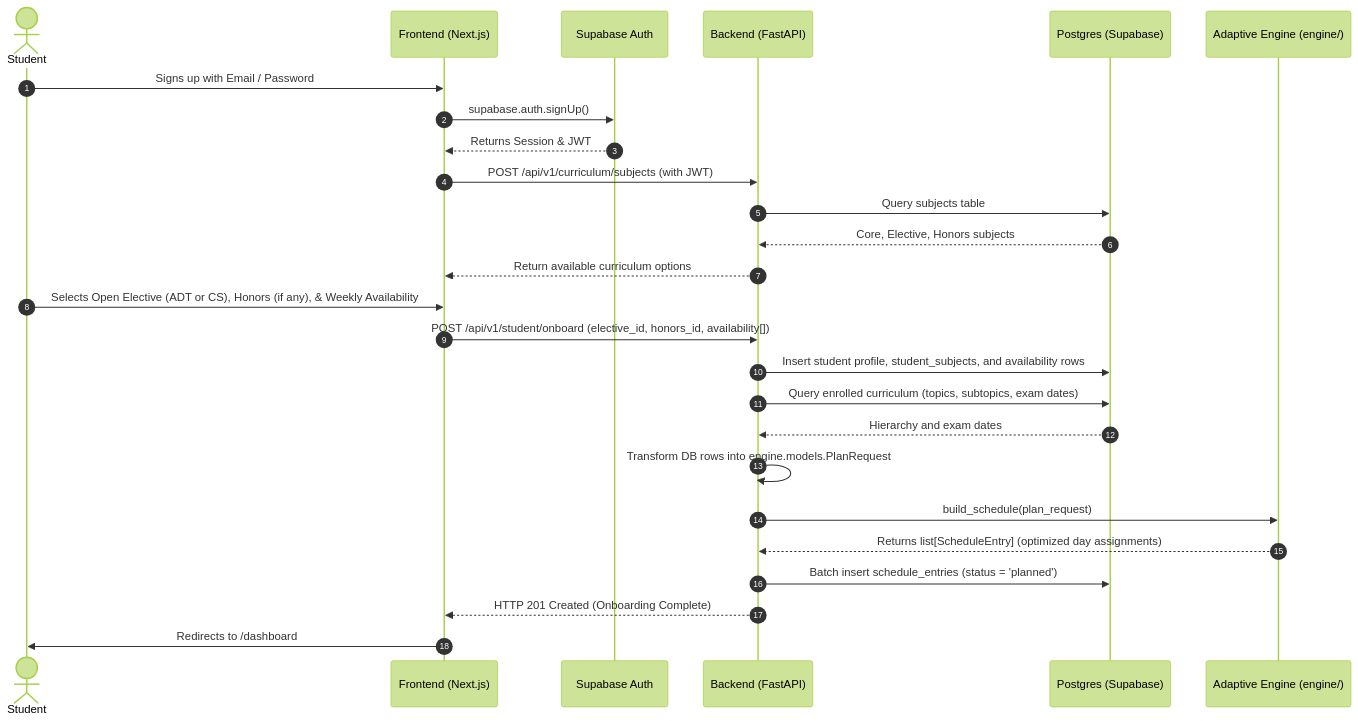
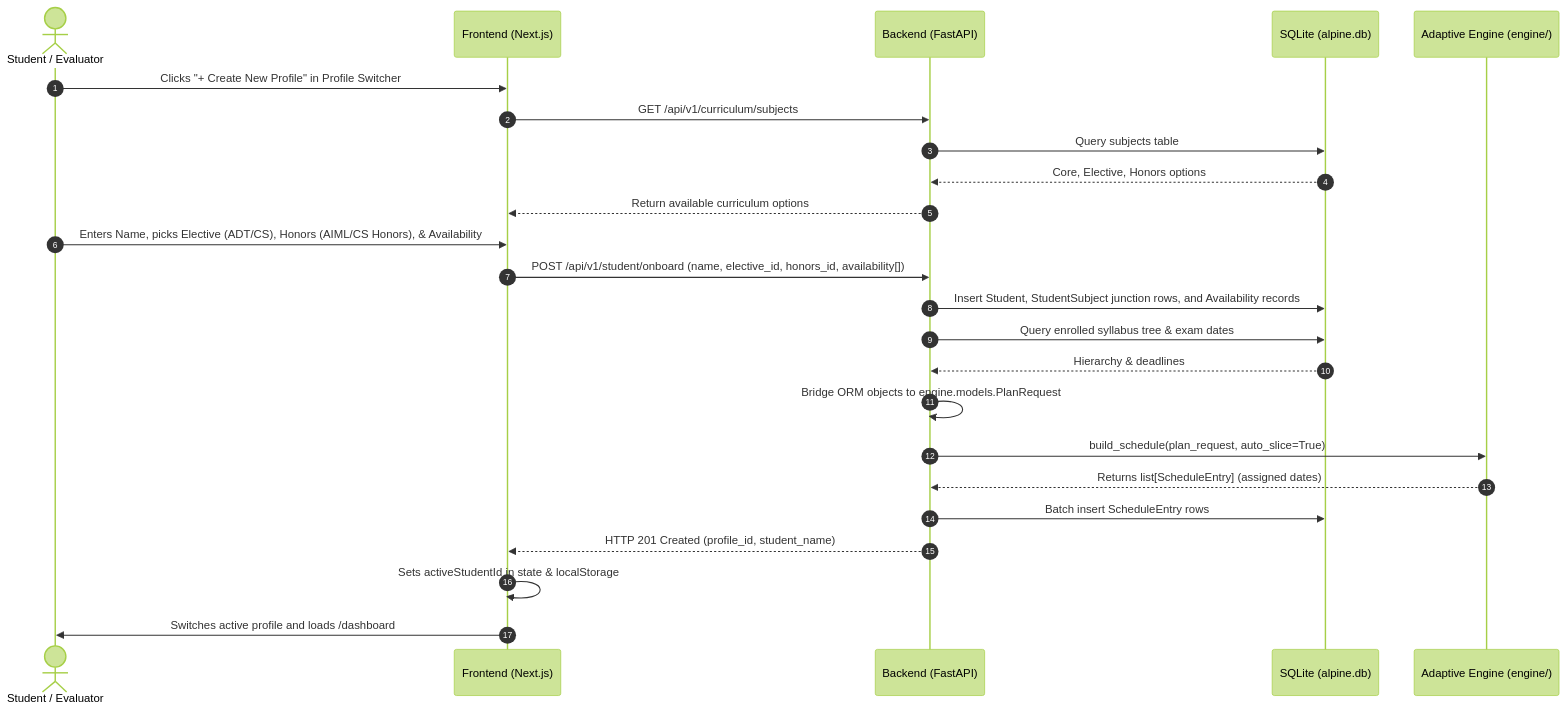
Before and after one commit to aahanakabdugale/Alpine: the first of 2 diagrams in docs/FRONTEND_AND_BACKEND_HANDOVER.md, drawn with Mermaid (forest theme). The commit also changed other lines of this file and 1 other file, not shown here.

Commit message:
docs/replacing Supabase with SQLlite

````diff
--- a/docs/FRONTEND_AND_BACKEND_HANDOVER.md
+++ b/docs/FRONTEND_AND_BACKEND_HANDOVER.md
@@ -60,29 +64,27 @@
 ```mermaid
 sequenceDiagram
     autonumber
-    actor Student
+    actor User as Student / Evaluator
     participant FE as Frontend (Next.js)
-    participant Auth as Supabase Auth
     participant BE as Backend (FastAPI)
-    participant DB as Postgres (Supabase)
+    participant DB as SQLite (alpine.db)
     participant Eng as Adaptive Engine (engine/)
 
-    Student->>FE: Signs up with Email / Password
-    FE->>Auth: supabase.auth.signUp()
-    Auth-->>FE: Returns Session & JWT
-    FE->>BE: POST /api/v1/curriculum/subjects (with JWT)
+    User->>FE: Clicks "+ Create New Profile" in Profile Switcher
+    FE->>BE: GET /api/v1/curriculum/subjects
     BE->>DB: Query subjects table
-    DB-->>BE: Core, Elective, Honors subjects
+    DB-->>BE: Core, Elective, Honors options
     BE-->>FE: Return available curriculum options
-    Student->>FE: Selects Open Elective (ADT or CS), Honors (if any), & Weekly Availability
-    FE->>BE: POST /api/v1/student/onboard (elective_id, honors_id, availability[])
-    BE->>DB: Insert student profile, student_subjects, and availability rows
-    BE->>DB: Query enrolled curriculum (topics, subtopics, exam dates)
-    DB-->>BE: Hierarchy and exam dates
-    BE->>BE: Transform DB rows into engine.models.PlanRequest
-    BE->>Eng: build_schedule(plan_request)
-    Eng-->>BE: Returns list[ScheduleEntry] (optimized day assignments)
-    BE->>DB: Batch insert schedule_entries (status = 'planned')
-    BE-->>FE: HTTP 201 Created (Onboarding Complete)
-    FE->>Student: Redirects to /dashboard
+    User->>FE: Enters Name, picks Elective (ADT/CS), Honors (AIML/CS Honors), & Availability
+    FE->>BE: POST /api/v1/student/onboard (name, elective_id, honors_id, availability[])
+    BE->>DB: Insert Student, StudentSubject junction rows, and Availability records
+    BE->>DB: Query enrolled syllabus tree & exam dates
+    DB-->>BE: Hierarchy & deadlines
+    BE->>BE: Bridge ORM objects to engine.models.PlanRequest
+    BE->>Eng: build_schedule(plan_request, auto_slice=True)
+    Eng-->>BE: Returns list[ScheduleEntry] (assigned dates)
+    BE->>DB: Batch insert ScheduleEntry rows
+    BE-->>FE: HTTP 201 Created (profile_id, student_name)
+    FE->>FE: Sets activeStudentId in state & localStorage
+    FE->>User: Switches active profile and loads /dashboard
 ```
````
